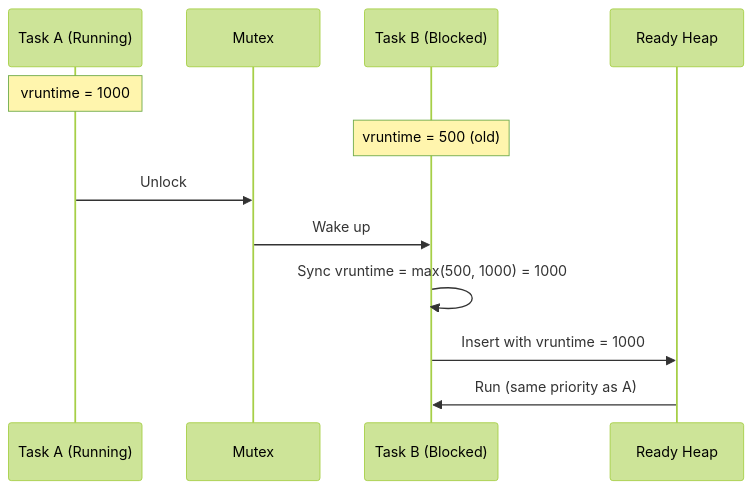
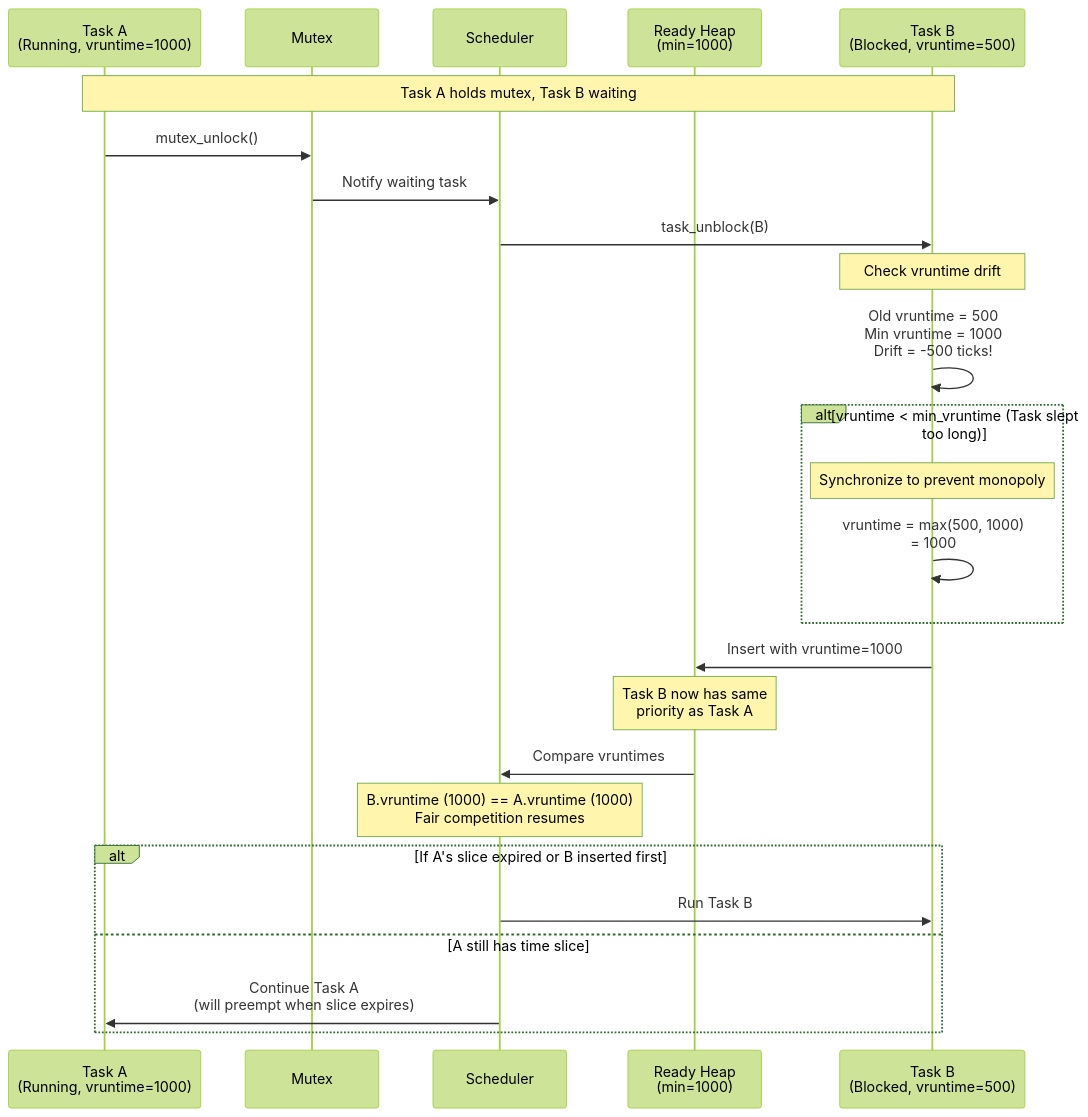
One commit to sabarioded/soRTOS changed diagram 12 of 14 in docs/scheduler.md. Above: the diagram before and after it, drawn with Mermaid (forest theme). The commit also changed other lines of this file, not shown here.

````diff
--- a/docs/scheduler.md
+++ b/docs/scheduler.md
@@ -687,16 +792,35 @@
 ```mermaid
 sequenceDiagram
-    participant TaskA as Task A (Running)
+    participant TaskA as Task A<br/>(Running, vruntime=1000)
     participant Mutex as Mutex
-    participant TaskB as Task B (Blocked)
-    participant Heap as Ready Heap
+    participant Sched as Scheduler
+    participant Heap as Ready Heap<br/>(min=1000)
+    participant TaskB as Task B<br/>(Blocked, vruntime=500)
 
-    Note over TaskA: vruntime = 1000
-    Note over TaskB: vruntime = 500 (old)
+    Note over TaskA,TaskB: Task A holds mutex, Task B waiting
     
-    TaskA->>Mutex: Unlock
-    Mutex->>TaskB: Wake up
-    TaskB->>TaskB: Sync vruntime = max(500, 1000) = 1000
-    TaskB->>Heap: Insert with vruntime = 1000
-    Heap->>TaskB: Run (same priority as A)
+    TaskA->>Mutex: mutex_unlock()
+    Mutex->>Sched: Notify waiting task
+    Sched->>TaskB: task_unblock(B)
+    
+    Note over TaskB: Check vruntime drift
+    TaskB->>TaskB: Old vruntime = 500<br/>Min vruntime = 1000<br/>Drift = -500 ticks!
+    
+    alt vruntime < min_vruntime (Task slept too long)
+        Note over TaskB: Synchronize to prevent monopoly
+        TaskB->>TaskB: vruntime = max(500, 1000)<br/>= 1000
+    end
+    
+    TaskB->>Heap: Insert with vruntime=1000
+    
+    Note over Heap: Task B now has same<br/>priority as Task A
+    
+    Heap->>Sched: Compare vruntimes
+    Note over Sched: B.vruntime (1000) == A.vruntime (1000)<br/>Fair competition resumes
+    
+    alt If A's slice expired or B inserted first
+        Sched->>TaskB: Run Task B
+    else A still has time slice
+        Sched->>TaskA: Continue Task A<br/>(will preempt when slice expires)
+    end
 ```
````
